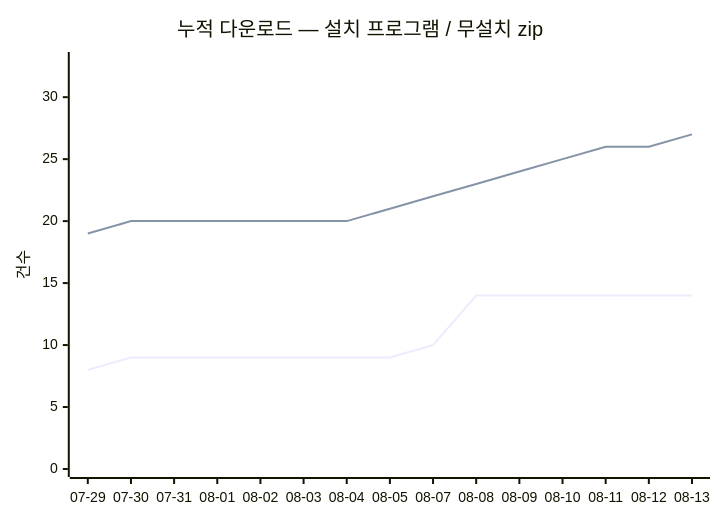
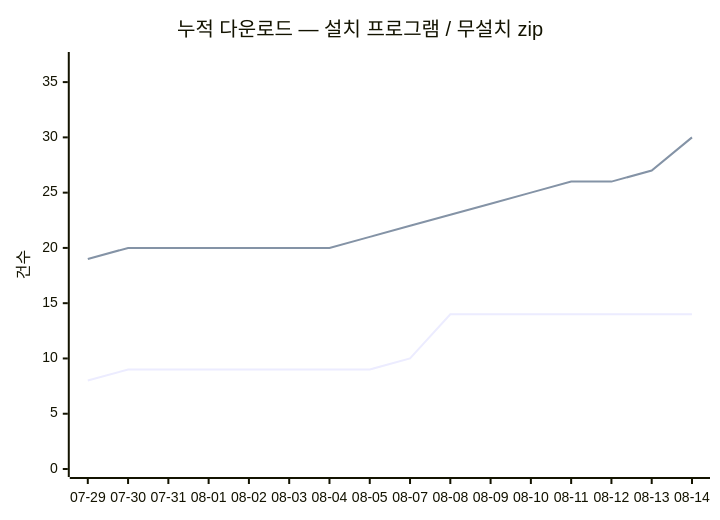
The diagram in README.md (dodaseo/ibis-releases), drawn with Mermaid before and after one commit. The commit also changed other lines of this file and 2 other files, not shown here.

Commit message:
chore(stats): 다운로드 스냅숏 2026-08-14

````diff
--- a/README.md
+++ b/README.md
@@ -144,8 +144,8 @@
 ```mermaid
 xychart-beta
     title "누적 다운로드 — 설치 프로그램 / 무설치 zip"
-    x-axis [07-29, 07-30, 07-31, 08-01, 08-02, 08-03, 08-04, 08-05, 08-07, 08-08, 08-09, 08-10, 08-11, 08-12, 08-13]
-    y-axis "건수" 0 --> 33
-    line [8, 9, 9, 9, 9, 9, 9, 9, 10, 14, 14, 14, 14, 14, 14]
-    line [19, 20, 20, 20, 20, 20, 20, 21, 22, 23, 24, 25, 26, 26, 27]
+    x-axis [07-29, 07-30, 07-31, 08-01, 08-02, 08-03, 08-04, 08-05, 08-07, 08-08, 08-09, 08-10, 08-11, 08-12, 08-13, 08-14]
+    y-axis "건수" 0 --> 37
+    line [8, 9, 9, 9, 9, 9, 9, 9, 10, 14, 14, 14, 14, 14, 14, 14]
+    line [19, 20, 20, 20, 20, 20, 20, 21, 22, 23, 24, 25, 26, 26, 27, 30]
 ```
````
